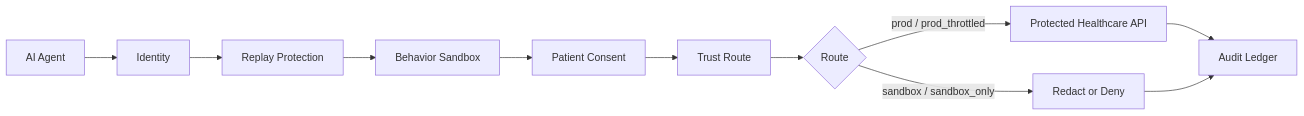
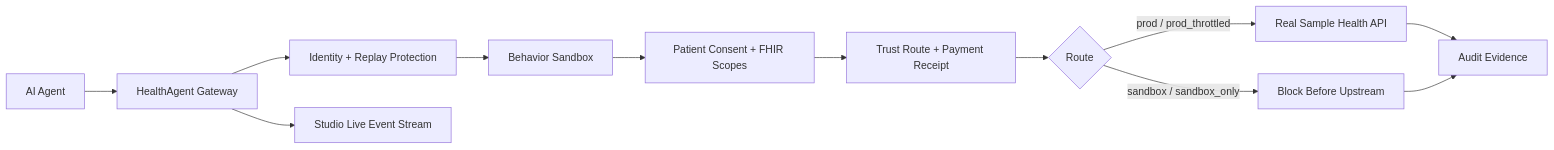
One commit to roshaninfordham/healthagentpassport changed the first of 2 diagrams in docs/README.md. Above: the diagram before and after it, drawn with Mermaid. The commit also changed other lines of this file and 56 other files, not shown here.

````diff
--- a/docs/README.md
+++ b/docs/README.md
@@ -23,13 +27,14 @@
 ```mermaid
 flowchart LR
-  A[AI Agent] --> B[Identity]
-  B --> C[Replay Protection]
+  A[AI Agent] --> B[HealthAgent Gateway]
+  B --> C[Identity + Replay Protection]
   C --> D[Behavior Sandbox]
-  D --> E[Patient Consent]
-  E --> F[Trust Route]
+  D --> E[Patient Consent + FHIR Scopes]
+  E --> F[Trust Route + Payment Receipt]
   F --> G{Route}
-  G -->|prod / prod_throttled| H[Protected Healthcare API]
-  G -->|sandbox / sandbox_only| I[Redact or Deny]
-  H --> J[Audit Ledger]
+  G -->|prod / prod_throttled| H[Real Sample Health API]
+  G -->|sandbox / sandbox_only| I[Block Before Upstream]
+  B --> S[Studio Live Event Stream]
+  H --> J[Audit Evidence]
   I --> J
 ```
````
